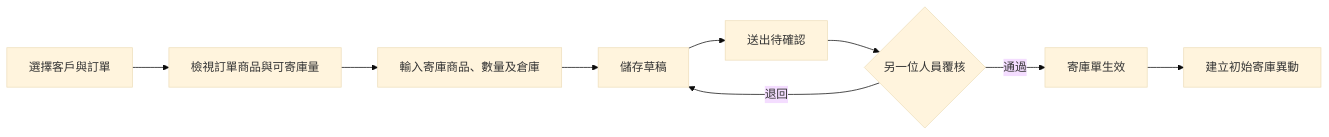
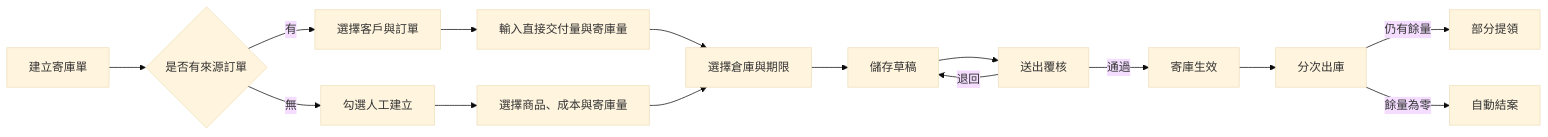
Before and after one commit to ktlin318/InventoryHub: the first of 7 diagrams in README.md, drawn with Mermaid (base theme). The commit also changed other lines of this file and 3 other files, not shown here.

````diff
--- a/README.md
+++ b/README.md
@@ -79,11 +76,17 @@
 ```mermaid
 flowchart LR
-    A[選擇客戶與訂單] --> B[檢視訂單商品與可寄庫量]
-    B --> C[輸入寄庫商品、數量及倉庫]
-    C --> D[儲存草稿]
-    D --> E[送出待確認]
-    E --> F{另一位人員覆核}
-    F -->|退回| D
-    F -->|通過| G[寄庫單生效]
-    G --> H[建立初始寄庫異動]
+    A[建立寄庫單] --> B{是否有來源訂單}
+    B -->|有| C[選擇客戶與訂單]
+    B -->|無| D[勾選人工建立]
+    C --> E[輸入直接交付量與寄庫量]
+    D --> F[選擇商品、成本與寄庫量]
+    E --> G[選擇倉庫與期限]
+    F --> G
+    G --> H[儲存草稿]
+    H --> I[送出覆核]
+    I -->|退回| H
+    I -->|通過| J[寄庫生效]
+    J --> K[分次出庫]
+    K -->|仍有餘量| L[部分提領]
+    K -->|餘量為零| M[自動結案]
 ```
````
